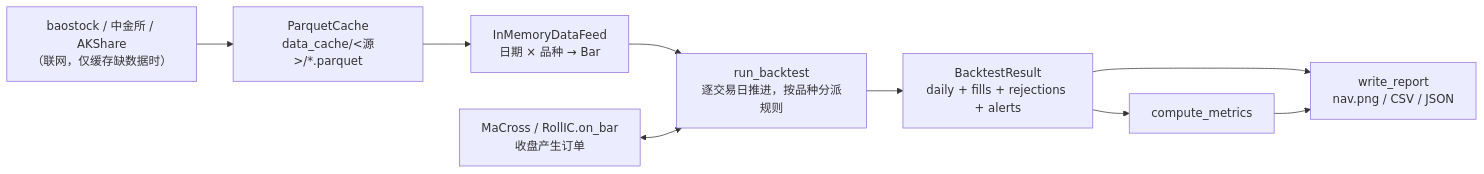
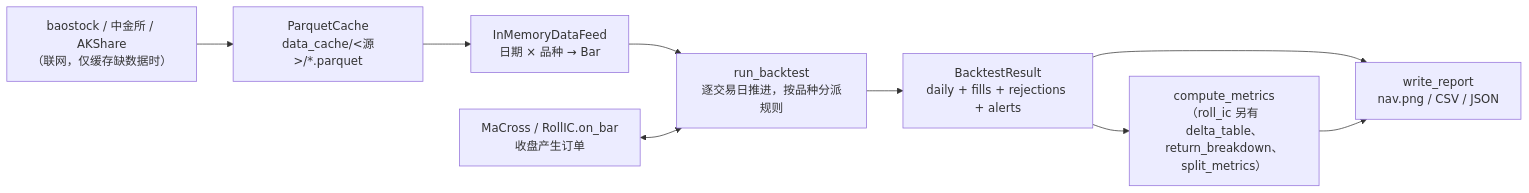
The first of 27 diagrams in docs/code-walkthrough.md (guevara12345/quant), drawn with Mermaid before and after one commit. The commit also changed other lines of this file and 16 other files, not shown here.

````diff
--- a/docs/code-walkthrough.md
+++ b/docs/code-walkthrough.md
@@ -32,11 +32,11 @@
 ```mermaid
 flowchart LR
     A["baostock / 中金所 / AKShare<br/>（联网，仅缓存缺数据时）"] --> B["ParquetCache<br/>data_cache/&lt;源&gt;/*.parquet"]
     B --> C["InMemoryDataFeed<br/>日期 × 品种 → Bar"]
     C --> D["run_backtest<br/>逐交易日推进，按品种分派规则"]
     E["MaCross / RollIC.on_bar<br/>收盘产生订单"] <--> D
     D --> F["BacktestResult<br/>daily + fills + rejections + alerts"]
-    F --> G["compute_metrics"]
+    F --> G["compute_metrics<br/>（roll_ic 另有 delta_table、<br/>return_breakdown、split_metrics）"]
     F --> H["write_report<br/>nav.png / CSV / JSON"]
     G --> H
 ```
````
